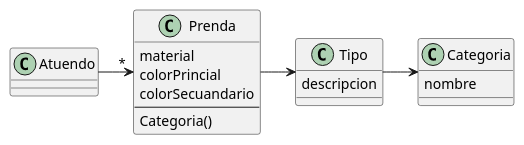
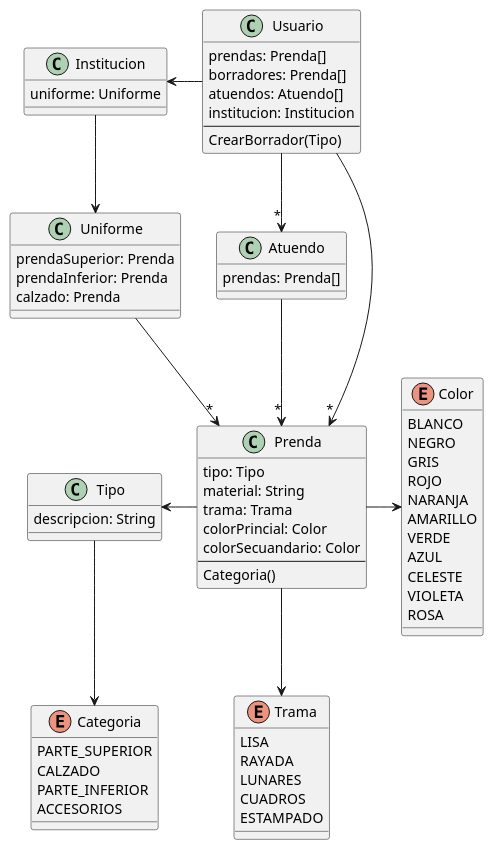
The diagram in src/Diagrama-Entidades.puml (lrizzitano/tp-que-me-pongo), drawn with PlantUML before and after one commit. The commit also changed 16 other files, not shown here.

```diff
--- a/src/Diagrama-Entidades.puml
+++ b/src/Diagrama-Entidades.puml
@@ -1,27 +1,84 @@
 @startuml
 
-class Atuendo {}
+class Usuario {
+    prendas: Prenda[]
+    borradores: Prenda[]
+    atuendos: Atuendo[]
+    institucion: Institucion
+    --
+    CrearBorrador(Tipo)
+}
+
+class Atuendo {
+    prendas: Prenda[]
+}
+
+class Uniforme {
+    prendaSuperior: Prenda
+    prendaInferior: Prenda
+    calzado: Prenda
+}
+
+class Institucion {
+    uniforme: Uniforme
+}
 
 class Prenda {
-    material
-    colorPrincial
-    colorSecuandario
+    tipo: Tipo
+    material: String
+    trama: Trama
+    colorPrincial: Color
+    colorSecuandario: Color
     --
     Categoria()
 }
 
 class Tipo {
-    descripcion
+    descripcion: String
 }
 
-class Categoria {
-    nombre
+enum Trama {
+    LISA
+    RAYADA
+    LUNARES
+    CUADROS
+    ESTAMPADO
 }
 
-Atuendo ->"*" Prenda
+enum Color {
+    BLANCO
+    NEGRO
+    GRIS
+    ROJO
+    NARANJA
+    AMARILLO
+    VERDE
+    AZUL
+    CELESTE
+    VIOLETA
+    ROSA
+}
 
-Prenda -> Tipo
+enum Categoria {
+    PARTE_SUPERIOR
+    CALZADO
+    PARTE_INFERIOR
+    ACCESORIOS
+}
 
-Tipo -> Categoria
+Atuendo -->"*" Prenda
+Uniforme -->"*" Prenda
+
+Usuario -->"*" Prenda
+Usuario -->"*" Atuendo
+Usuario -l-> Institucion
+
+Institucion --> Uniforme
+
+Prenda -l-> Tipo
+Prenda --> Trama
+Prenda -> Color
+
+Tipo --> Categoria
 
 @enduml
```
